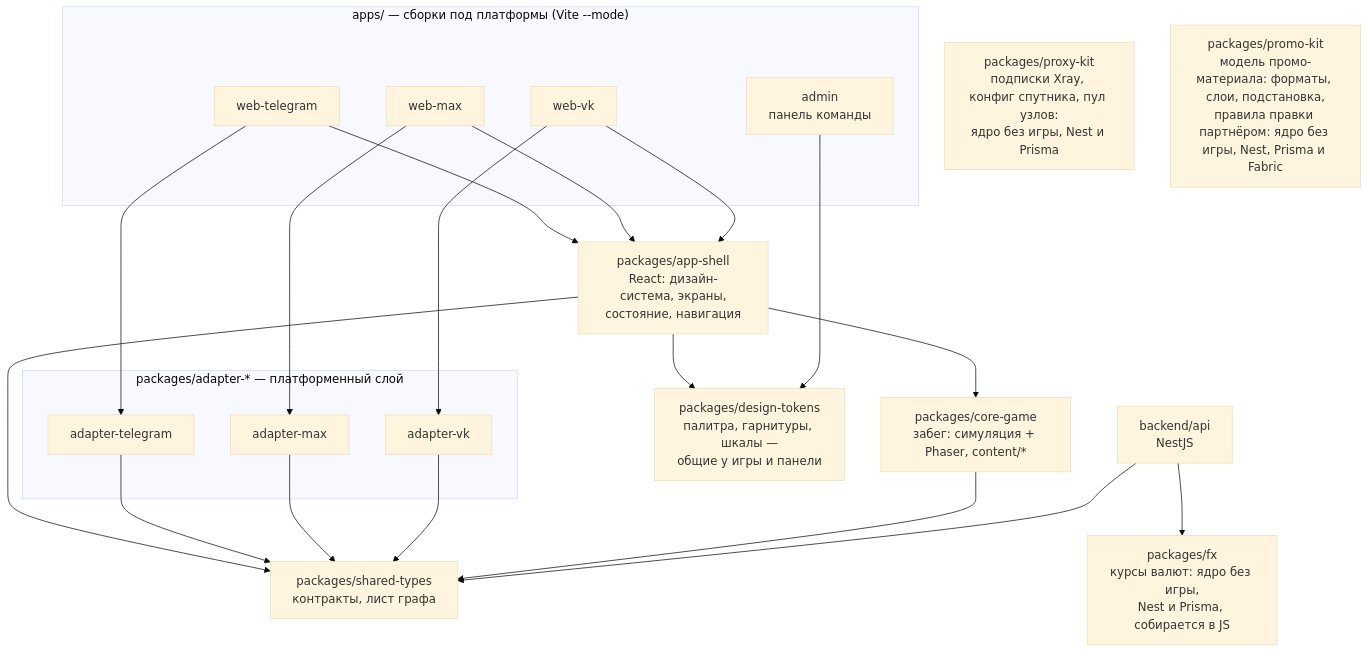
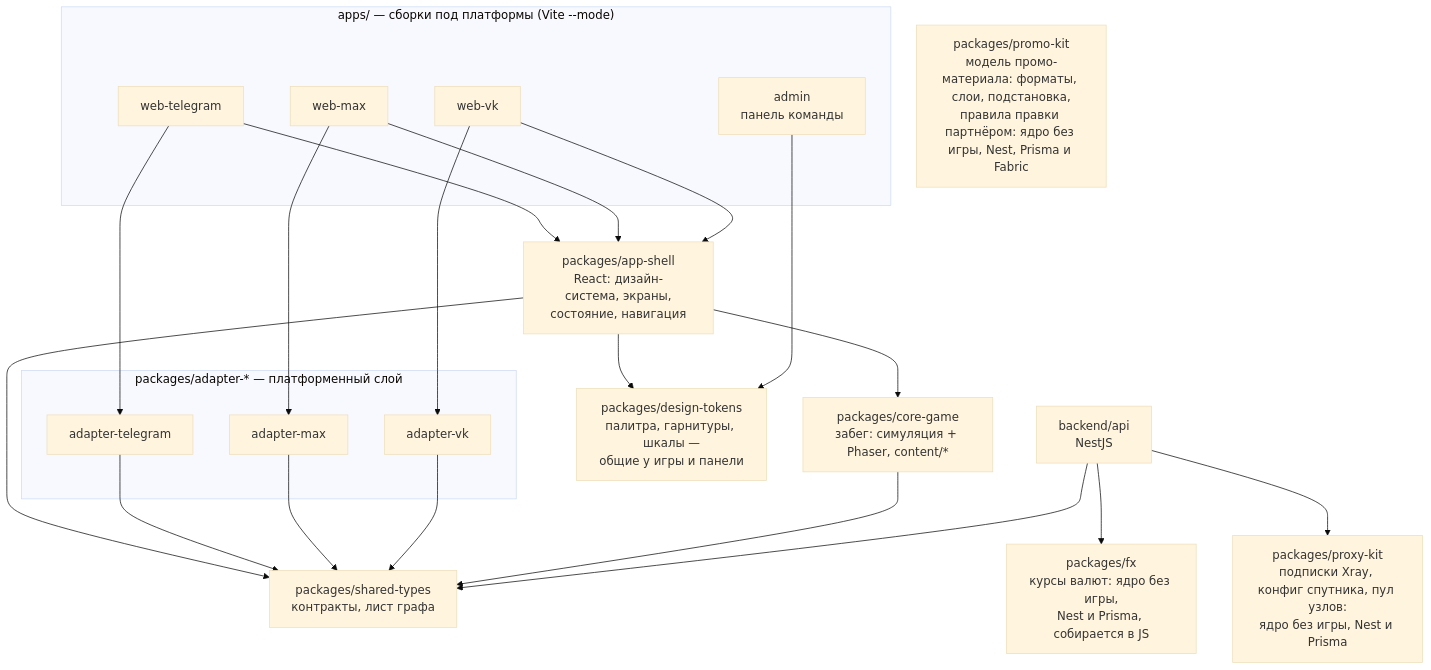
The fifth of 51 diagrams in docs/21-diagrams.md (JJSGxKD/rubezh), drawn with Mermaid (base theme) before and after one commit. The commit also changed other lines of this file and 4 other files, not shown here.

Commit message:
docs: Подписка Xray в схемах, окружении и карте настроек

````diff
--- a/docs/21-diagrams.md
+++ b/docs/21-diagrams.md
@@ -1887,42 +1933,43 @@
 ```mermaid
 flowchart TD
     subgraph apps["apps/ — сборки под платформы (Vite --mode)"]
         WT["web-telegram"]
         WM["web-max"]
         WV["web-vk"]
         ADM["admin<br/>панель команды"]
     end
 
     subgraph adapters["packages/adapter-* — платформенный слой"]
         AT["adapter-telegram"]
         AM["adapter-max"]
         AV["adapter-vk"]
     end
 
     SH["packages/app-shell<br/>React: дизайн-система, экраны,<br/>состояние, навигация"]
     CG["packages/core-game<br/>забег: симуляция + Phaser, content/*"]
     ST["packages/shared-types<br/>контракты, лист графа"]
     FX["packages/fx<br/>курсы валют: ядро без игры,<br/>Nest и Prisma, собирается в JS"]
     PK["packages/proxy-kit<br/>подписки Xray, конфиг спутника, пул узлов:<br/>ядро без игры, Nest и Prisma"]
     PRK["packages/promo-kit<br/>модель промо-материала: форматы, слои, подстановка,<br/>правила правки партнёром: ядро без игры, Nest, Prisma и Fabric"]
     API["backend/api<br/>NestJS"]
     DT["packages/design-tokens<br/>палитра, гарнитуры, шкалы —<br/>общие у игры и панели"]
 
     WT --> SH
     WT --> AT
     WM --> SH
     WM --> AM
     WV --> SH
     WV --> AV
 
     SH --> CG
     SH --> ST
     AT --> ST
     AM --> ST
     AV --> ST
     CG --> ST
     API --> ST
     API --> FX
+    API --> PK
     SH --> DT
     ADM --> DT
 ```
````
